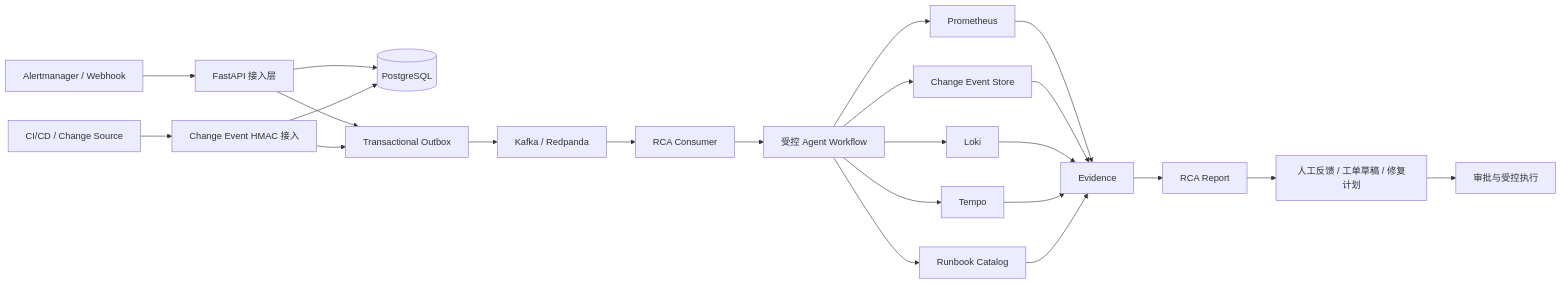
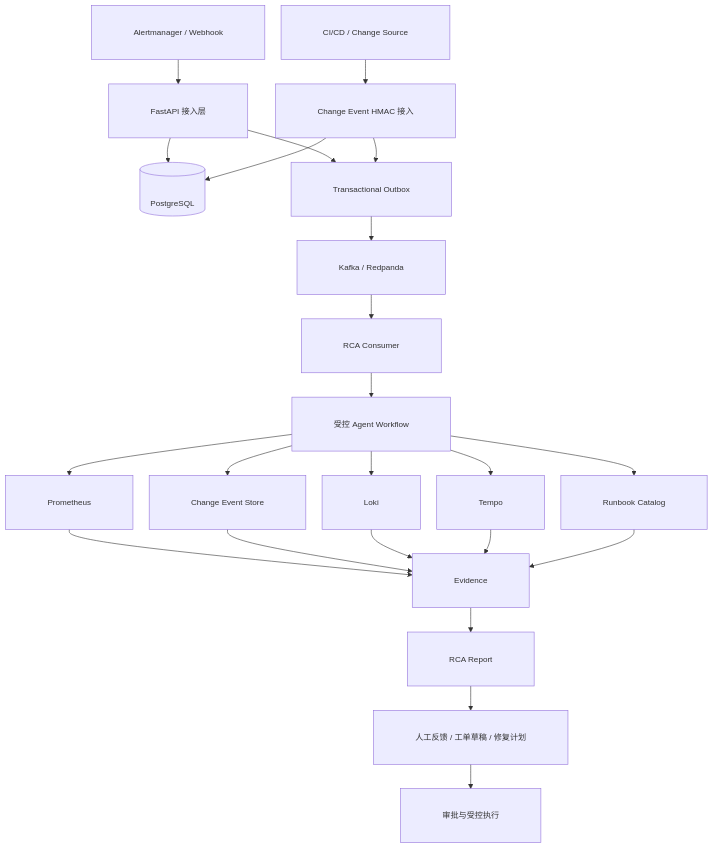
One commit to ikang2001/devops-agent-platform changed the diagram in README.md. Above: the diagram before and after it, drawn with Mermaid. The commit also changed other lines of this file, not shown here.

First line of the commit message:
fix(docs): 优化中文 README 状态表和架构图布局

````diff
--- a/README.md
+++ b/README.md
@@ -83,25 +83,26 @@
 ```mermaid
-flowchart LR
+%%{init: {'flowchart': {'nodeSpacing': 28, 'rankSpacing': 42, 'padding': 36}, 'themeVariables': {'fontSize': '14px'}}}%%
+flowchart TB
     A[Alertmanager / Webhook] --> B[FastAPI 接入层]
     A2[CI/CD / Change Source] --> B2[Change Event HMAC 接入]
     B --> C[(PostgreSQL)]
     B2 --> C
     B --> D[Transactional Outbox]
     B2 --> D
     D --> E[Kafka / Redpanda]
     E --> F[RCA Consumer]
     F --> G[受控 Agent Workflow]
     G --> H[Prometheus]
     G --> H2[Change Event Store]
     G --> I[Loki]
     G --> J[Tempo]
     G --> K[Runbook Catalog]
     H --> L[Evidence]
     H2 --> L
     I --> L
     J --> L
     K --> L
     L --> M[RCA Report]
     M --> N[人工反馈 / 工单草稿 / 修复计划]
     N --> O[审批与受控执行]
 ```
````
